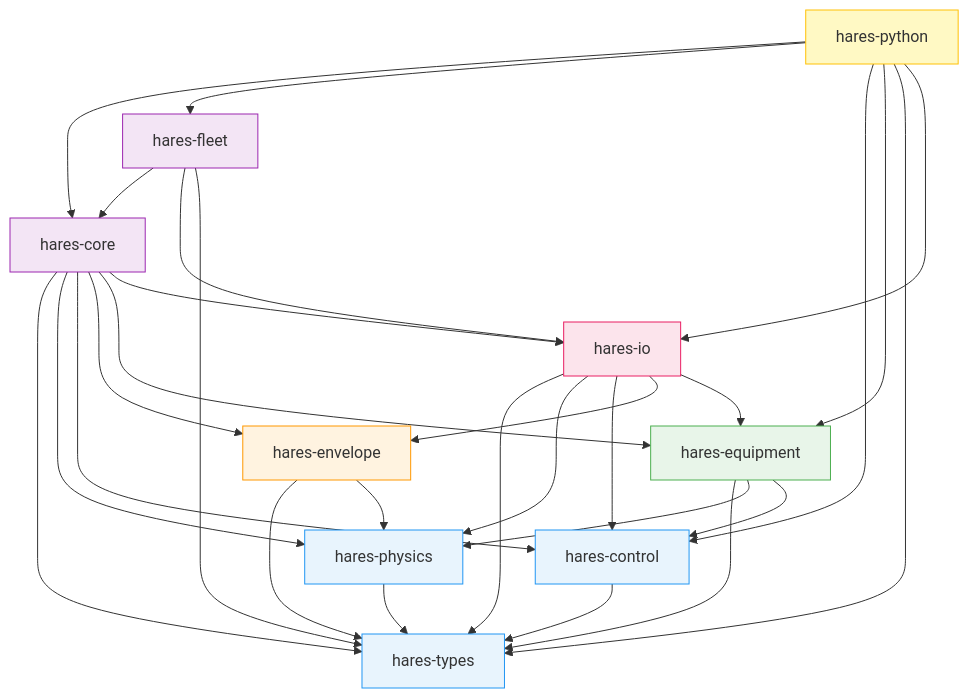
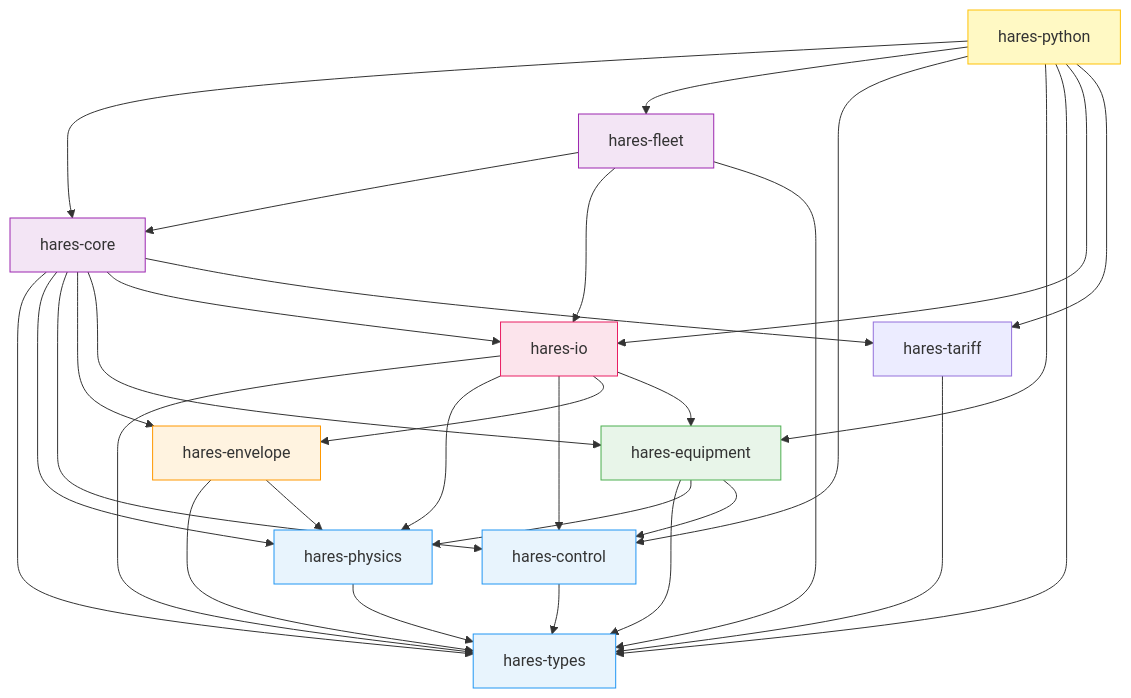
Before and after one commit to AZX-PBC-OSS/HARES: the first of 11 diagrams in docs/architecture.md, drawn with Mermaid. The commit also changed other lines of this file and 61 other files, not shown here.

````diff
--- a/docs/architecture.md
+++ b/docs/architecture.md
@@ -9,50 +9,54 @@
 ```mermaid
 graph TD
     types[hares-types]
     physics[hares-physics]
     control[hares-control]
     envelope[hares-envelope]
     equipment[hares-equipment]
     io[hares-io]
+    tariff[hares-tariff]
     core[hares-core]
     fleet[hares-fleet]
     python[hares-python]
 
     physics --> types
     control --> types
     envelope --> types
     envelope --> physics
     equipment --> types
     equipment --> physics
     equipment --> control
     io --> types
     io --> physics
     io --> control
     io --> envelope
     io --> equipment
+    tariff --> types
     core --> types
     core --> physics
     core --> control
     core --> envelope
     core --> equipment
     core --> io
+    core --> tariff
     fleet --> core
     fleet --> io
     fleet --> types
     python --> core
     python --> fleet
     python --> control
     python --> equipment
     python --> types
     python --> io
+    python --> tariff
 
     style types fill:#e8f4fd,stroke:#2196F3
     style physics fill:#e8f4fd,stroke:#2196F3
     style control fill:#e8f4fd,stroke:#2196F3
     style envelope fill:#fff3e0,stroke:#FF9800
     style equipment fill:#e8f5e9,stroke:#4CAF50
     style io fill:#fce4ec,stroke:#E91E63
     style core fill:#f3e5f5,stroke:#9C27B0
     style fleet fill:#f3e5f5,stroke:#9C27B0
     style python fill:#fff9c4,stroke:#FFC107
 ```
````
